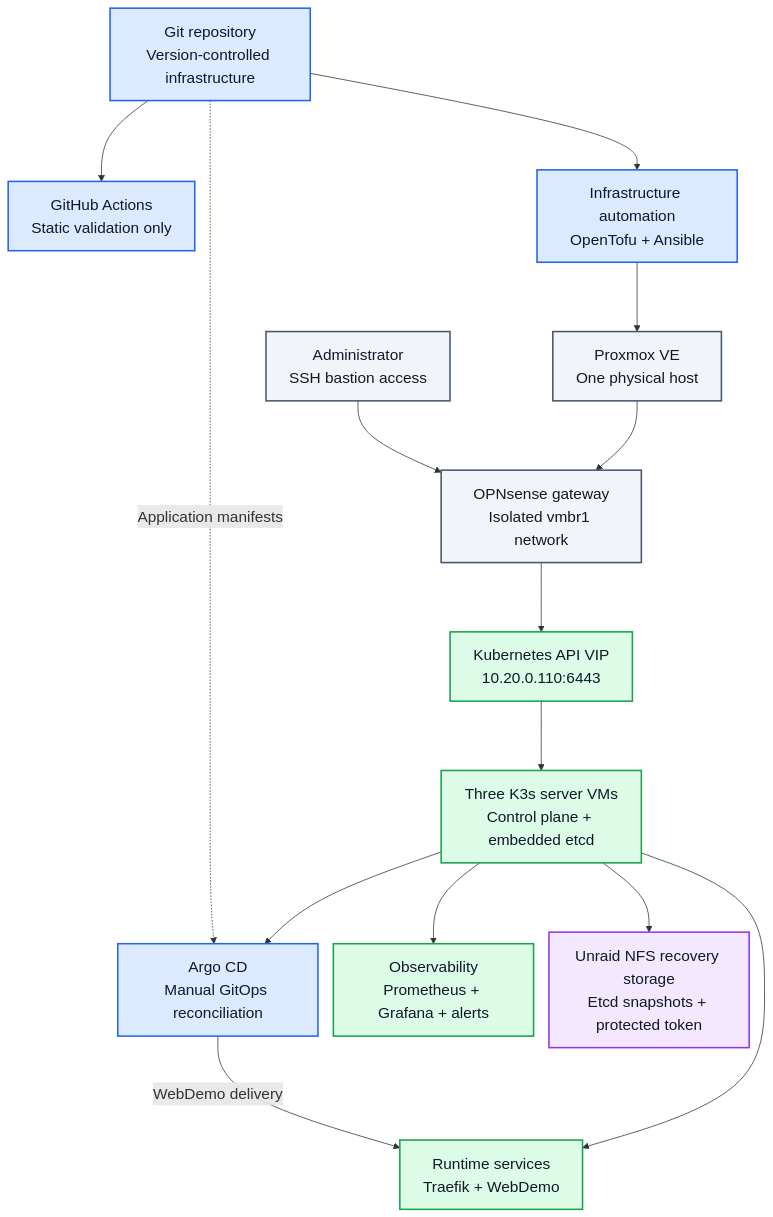
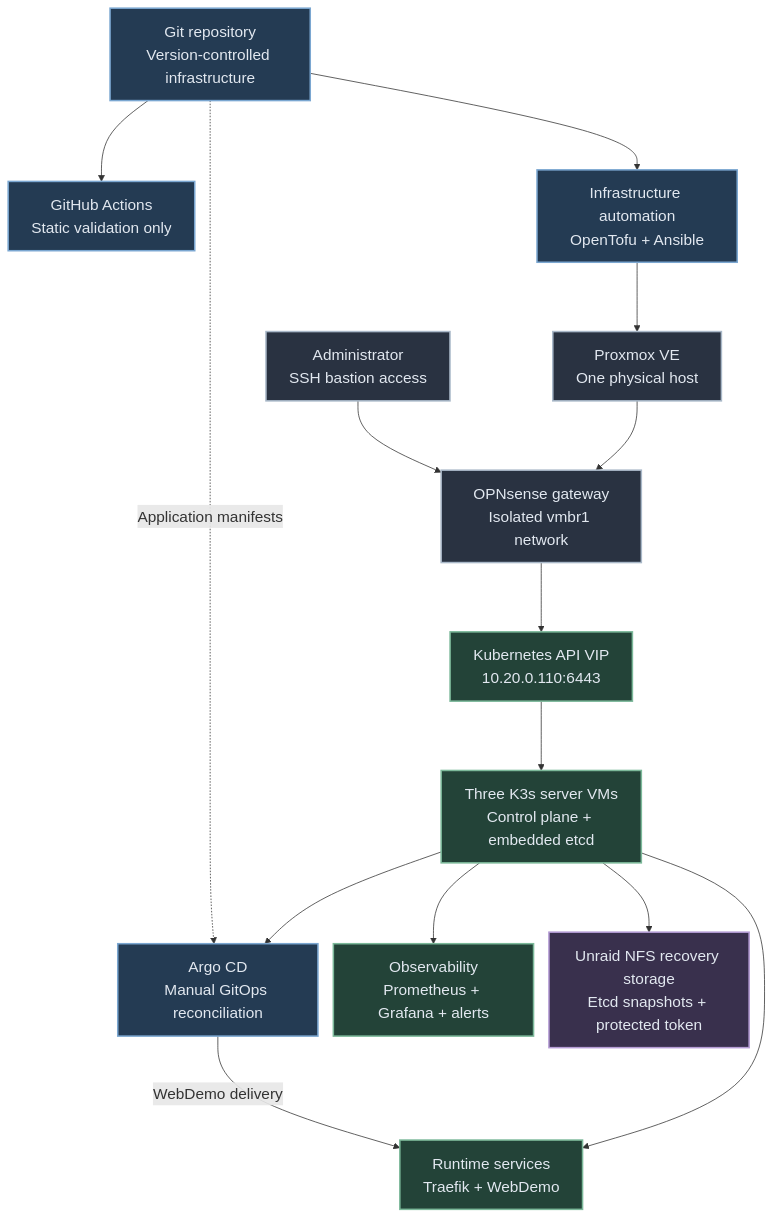
One commit to Capasiter/homelab-portfolio changed the first of 2 diagrams in README.md. Above: the diagram before and after it, drawn with Mermaid. The commit also changed other lines of this file, not shown here.

Commit message:
docs: match current diagram to the muted architecture palette

````diff
--- a/README.md
+++ b/README.md
@@ -32,40 +32,40 @@
 ```mermaid
 %%{init: {"flowchart": {"nodeSpacing": 20, "rankSpacing": 90, "curve": "basis"}, "themeVariables": {"fontSize": "20px"}}}%%
 flowchart TD
     Git["Git repository<br/>Version-controlled infrastructure"]
     CI["GitHub Actions<br/>Static validation only"]
     Automation["Infrastructure automation<br/>OpenTofu + Ansible"]
     Proxmox["Proxmox VE<br/>One physical host"]
     Admin["Administrator<br/>SSH bastion access"]
     Gateway["OPNsense gateway<br/>Isolated vmbr1 network"]
     VIP["Kubernetes API VIP<br/>10.20.0.110:6443"]
     Cluster["Three K3s server VMs<br/>Control plane + embedded etcd"]
     Argo["Argo CD<br/>Manual GitOps reconciliation"]
     Services["Runtime services<br/>Traefik + WebDemo"]
     Observe["Observability<br/>Prometheus + Grafana + alerts"]
     Backup["Unraid NFS recovery storage<br/>Etcd snapshots + protected token"]
 
     Git --> CI
     Git --> Automation
     Automation --> Proxmox
     Admin --> Gateway
     Proxmox --> Gateway
     Gateway --> VIP
     VIP --> Cluster
     Git -.->|Application manifests| Argo
     Cluster --> Argo
     Argo -->|WebDemo delivery| Services
     Cluster --> Services
     Cluster --> Observe
     Cluster --> Backup
 
-    classDef delivery fill:#DBEAFE,stroke:#2563EB,color:#111827,stroke-width:2px,font-size:20px
-    classDef boundary fill:#F1F5F9,stroke:#475569,color:#111827,stroke-width:2px,font-size:20px
-    classDef runtime fill:#DCFCE7,stroke:#16A34A,color:#111827,stroke-width:2px,font-size:20px
-    classDef recovery fill:#F3E8FF,stroke:#9333EA,color:#111827,stroke-width:2px,font-size:20px
+    classDef delivery fill:#243b53,stroke:#7ba7d1,color:#e2e8f0,stroke-width:2px,font-size:20px
+    classDef boundary fill:#293241,stroke:#a9b8c8,color:#e2e8f0,stroke-width:2px,font-size:20px
+    classDef runtime fill:#234338,stroke:#7cb99a,color:#e2e8f0,stroke-width:2px,font-size:20px
+    classDef recovery fill:#39304d,stroke:#b49bd4,color:#e2e8f0,stroke-width:2px,font-size:20px
 
     class Git,CI,Automation,Argo delivery
     class Proxmox,Admin,Gateway boundary
     class VIP,Cluster,Services,Observe runtime
     class Backup recovery
 ```
````
